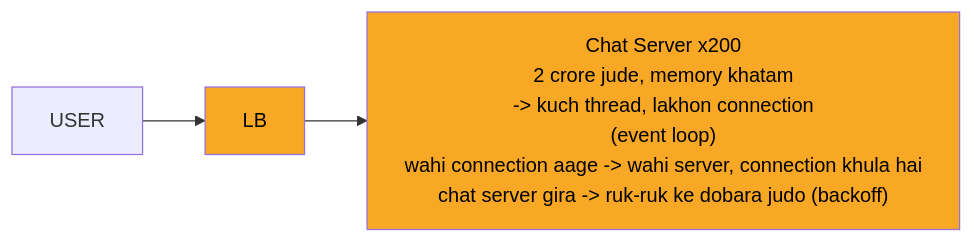
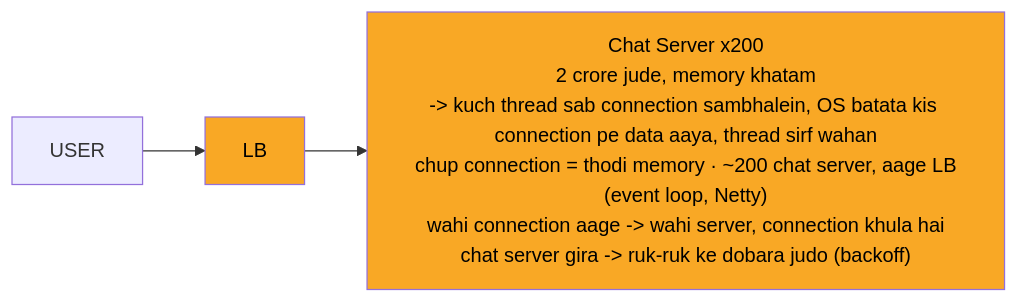
The second of 12 diagrams in 04_HLD/SYSTEM_DESIGNS/14_chat_messaging/14_chat_messaging.md (ArpanMaheshwari144/Prep), drawn with Mermaid before and after one commit. The commit also changed other lines of this file and 13 other files, not shown here.

````diff
--- a/04_HLD/SYSTEM_DESIGNS/14_chat_messaging/14_chat_messaging.md
+++ b/04_HLD/SYSTEM_DESIGNS/14_chat_messaging/14_chat_messaging.md
@@ -130,11 +134,11 @@
 ```mermaid
 %%{init: {"flowchart": {"wrappingWidth": 450}}}%%
 flowchart LR
     n_U["USER"]
     n_LB["LB"]
-    n_CS["Chat Server x200<br/>2 crore jude, memory khatam<br/>-> kuch thread, lakhon connection<br/>(event loop)<br/>wahi connection aage -> wahi server, connection khula hai<br/>chat server gira -> ruk-ruk ke dobara judo (backoff)"]
+    n_CS["Chat Server x200<br/>2 crore jude, memory khatam<br/>-> kuch thread sab connection sambhalein, OS batata kis connection pe data aaya, thread sirf wahan<br/>chup connection = thodi memory · ~200 chat server, aage LB<br/>(event loop, Netty)<br/>wahi connection aage -> wahi server, connection khula hai<br/>chat server gira -> ruk-ruk ke dobara judo (backoff)"]
     n_U --> n_LB
     n_LB --> n_CS
     style n_CS fill:#f9a825,color:#000
     style n_LB fill:#f9a825,color:#000
 ```
````
